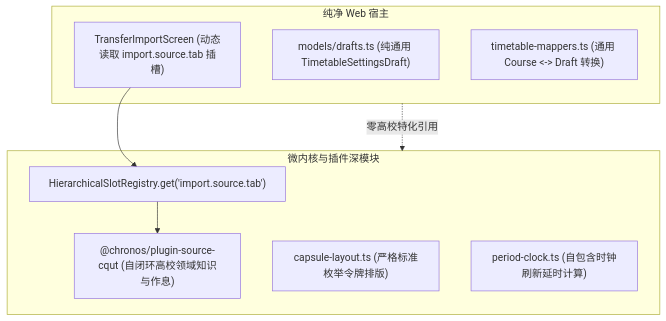
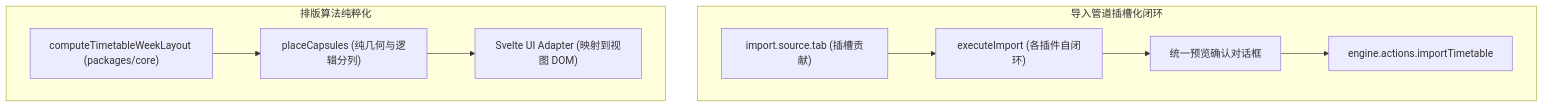
The diagram in .agents/docs/adr/0009-deep-architecture-convergence-and-dead-code-purge.md (CQUT-OpenProject/Chronos), drawn with Mermaid before and after one commit. The commit also changed other lines of this file and 90 other files, not shown here.

````diff
--- a/.agents/docs/adr/0009-deep-architecture-convergence-and-dead-code-purge.md
+++ b/.agents/docs/adr/0009-deep-architecture-convergence-and-dead-code-purge.md
@@ -23,19 +23,13 @@
 ```mermaid
 flowchart TD
-    subgraph PureHost [纯净 Web 宿主]
-        SlotUI["TransferImportScreen (动态读取 import.source.tab 插槽)"]
-        GenericDrafts["models/drafts.ts (纯通用 TimetableSettingsDraft)"]
-        GenericMappers["timetable-mappers.ts (通用 Course <-> Draft 转换)"]
+    subgraph ImportPipeline [导入管道插槽化闭环]
+        Slot["import.source.tab (插槽贡献)"] --> Execute["executeImport (各插件自闭环)"]
+        Execute --> PreviewModal["统一预览确认对话框"]
+        PreviewModal --> SaveAction["engine.actions.importTimetable"]
     end
 
-    subgraph DeepEngine [微内核与插件深模块]
-        SlotRegistry["HierarchicalSlotRegistry.get('import.source.tab')"]
-        SourcePlugin["@chronos/plugin-source-cqut (自闭环高校领域知识与作息)"]
-        PureLayout["capsule-layout.ts (严格标准枚举令牌排版)"]
-        DeepClock["period-clock.ts (自包含时钟刷新延时计算)"]
+    subgraph PureLayout [排版算法纯粹化]
+        CoreLayout["computeTimetableWeekLayout (packages/core)"] --> Placement["placeCapsules (纯几何与逻辑分列)"]
+        Placement --> ViewAdapter["Svelte UI Adapter (映射到视图 DOM)"]
     end
-
-    SlotUI --> SlotRegistry
-    SlotRegistry --> SourcePlugin
-    PureHost -.零高校特化引用.-> DeepEngine
 ```
````
